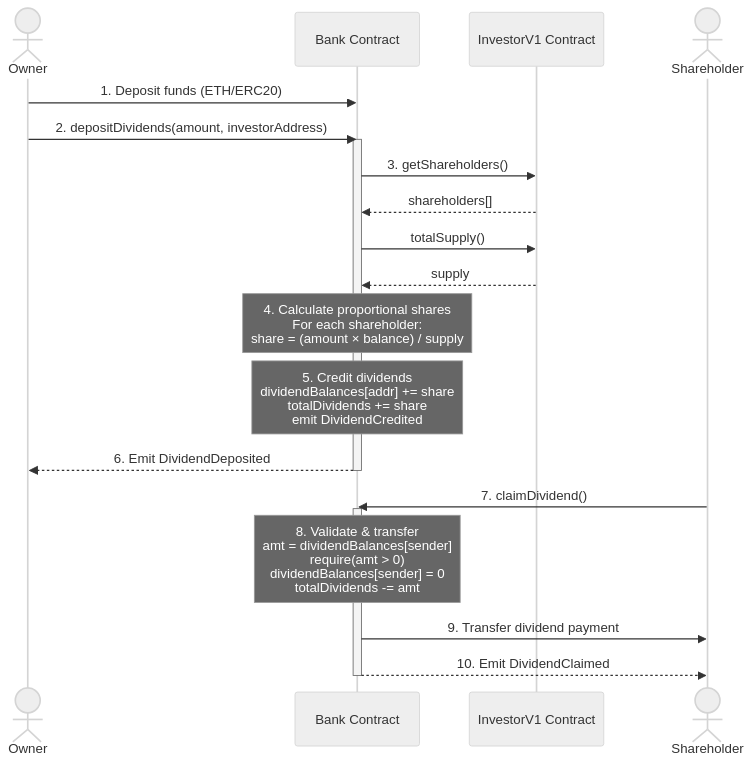
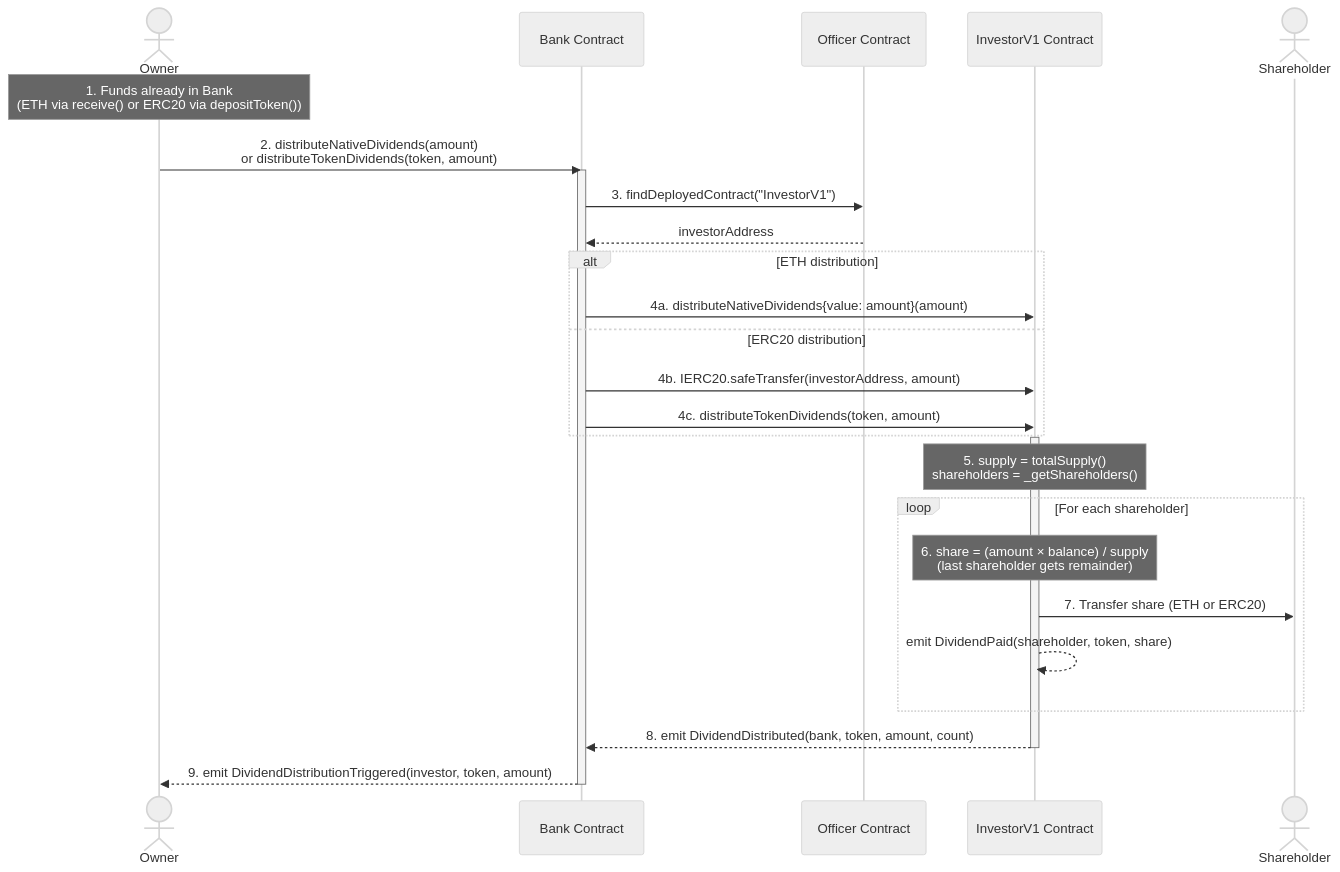
One commit to globe-and-citizen/cnc-portal changed the fourth of 7 diagrams in docs/contracts/contracts-architecture-diagram.md. Above: the diagram before and after it, drawn with Mermaid (neutral theme). The commit also changed other lines of this file and 3 other files, not shown here.

````diff
--- a/docs/contracts/contracts-architecture-diagram.md
+++ b/docs/contracts/contracts-architecture-diagram.md
@@ -220,32 +222,38 @@
 ```mermaid
 sequenceDiagram
     actor Owner
     participant Bank as Bank Contract
+    participant Officer as Officer Contract
     participant Investor as InvestorV1 Contract
     actor Shareholder
 
-    Owner->>Bank: 1. Deposit funds (ETH/ERC20)
-    Owner->>Bank: 2. depositDividends(amount, investorAddress)
+    Note over Owner: 1. Funds already in Bank<br/>(ETH via receive() or ERC20 via depositToken())
+
+    Owner->>Bank: 2. distributeNativeDividends(amount)<br/>or distributeTokenDividends(token, amount)
 
     activate Bank
-    Bank->>Investor: 3. getShareholders()
-    Investor-->>Bank: shareholders[]
-    Bank->>Investor: totalSupply()
-    Investor-->>Bank: supply
+    Bank->>Officer: 3. findDeployedContract("InvestorV1")
+    Officer-->>Bank: investorAddress
 
-    Note over Bank: 4. Calculate proportional shares<br/>For each shareholder:<br/>share = (amount × balance) / supply
+    alt ETH distribution
+        Bank->>Investor: 4a. distributeNativeDividends{value: amount}(amount)
+    else ERC20 distribution
+        Bank->>Investor: 4b. IERC20.safeTransfer(investorAddress, amount)
+        Bank->>Investor: 4c. distributeTokenDividends(token, amount)
+    end
 
-    Note over Bank: 5. Credit dividends<br/>dividendBalances[addr] += share<br/>totalDividends += share<br/>emit DividendCredited
+    activate Investor
+    Note over Investor: 5. supply = totalSupply()<br/>shareholders = _getShareholders()
 
-    Bank-->>Owner: 6. Emit DividendDeposited
-    deactivate Bank
+    loop For each shareholder
+        Note over Investor: 6. share = (amount × balance) / supply<br/>(last shareholder gets remainder)
+        Investor->>Shareholder: 7. Transfer share (ETH or ERC20)
+        Investor-->>Investor: emit DividendPaid(shareholder, token, share)
+    end
 
-    Shareholder->>Bank: 7. claimDividend()
+    Investor-->>Bank: 8. emit DividendDistributed(bank, token, amount, count)
+    deactivate Investor
 
-    activate Bank
-    Note over Bank: 8. Validate & transfer<br/>amt = dividendBalances[sender]<br/>require(amt > 0)<br/>dividendBalances[sender] = 0<br/>totalDividends -= amt
-
-    Bank->>Shareholder: 9. Transfer dividend payment
-    Bank-->>Shareholder: 10. Emit DividendClaimed
+    Bank-->>Owner: 9. emit DividendDistributionTriggered(investor, token, amount)
     deactivate Bank
 ```
````
